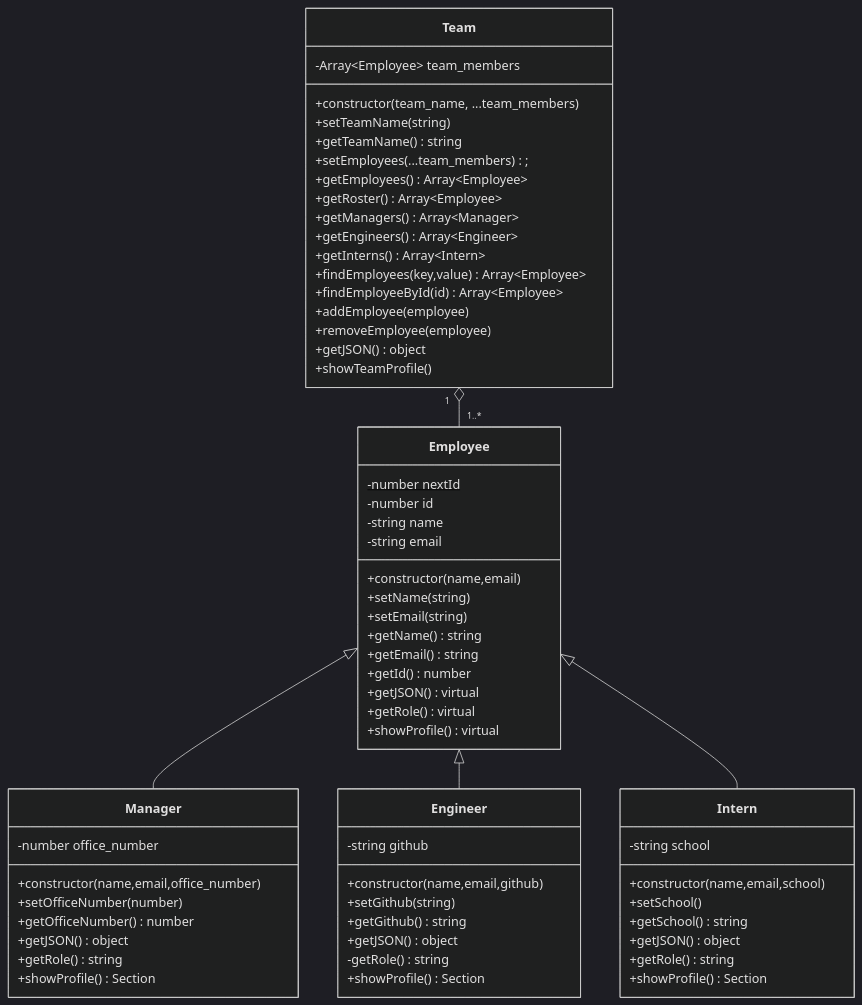
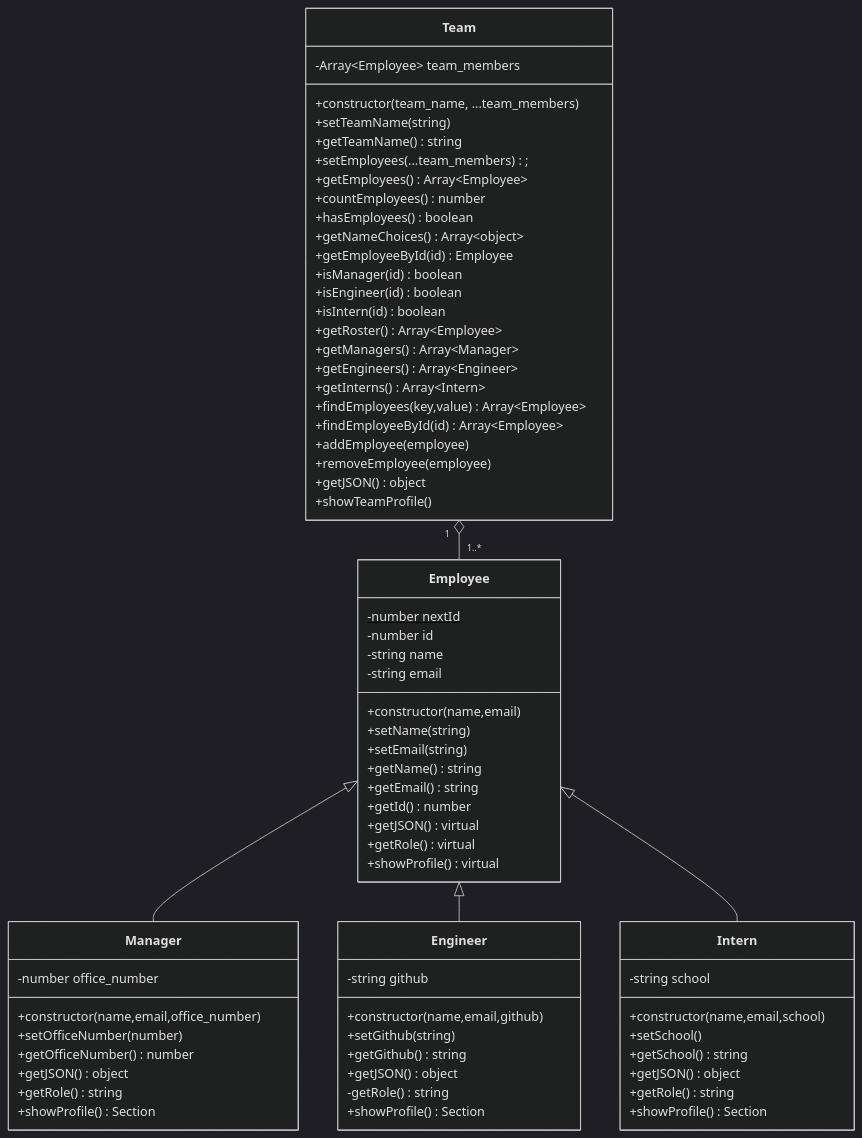
Before and after one commit to jrcharney/team-profile-generator: the first of 3 diagrams in README.md, drawn with Mermaid (dark theme). The commit also changed other lines of this file and 9 other files, not shown here.

````diff
--- a/README.md
+++ b/README.md
@@ -84,73 +86,80 @@
 ```mermaid
 classDiagram
 
 class Employee {
   -number nextId$
   -number id
   -string name
   -string email
   +constructor(name,email)
   +setName(string)
   +setEmail(string)
   +getName() string
   +getEmail() string
   +getId() number
   +getJSON() virtual
   +getRole() virtual
   +showProfile() virtual
 }
 
 class Manager {
   -number office_number
   +constructor(name,email,office_number)
   +setOfficeNumber(number)
   +getOfficeNumber() number
   +getJSON() object
   +getRole() string
   +showProfile() Section
 }
 
 class Engineer {
   -string github
   +constructor(name,email,github)
   +setGithub(string)
   +getGithub() string
   +getJSON() object
   -getRole() string
   +showProfile() Section
 }
 
 class Intern {
   -string school
   +constructor(name,email,school)
   +setSchool()
   +getSchool() string
   +getJSON() object
   +getRole() string
   +showProfile() Section
 }
 
 class Team {
  -Array~Employee~ team_members
  +constructor(team_name, ...team_members)
  +setTeamName(string)
  +getTeamName() string
  +setEmployees(...team_members);
  +getEmployees() Array~Employee~
+ +countEmployees() number
+ +hasEmployees() boolean
+ +getNameChoices() Array~object~
+ +getEmployeeById(id) Employee
+ +isManager(id) boolean
+ +isEngineer(id) boolean
+ +isIntern(id) boolean
  +getRoster() Array~Employee~
  +getManagers()  Array~Manager~
  +getEngineers() Array~Engineer~
  +getInterns() Array~Intern~
  +findEmployees(key,value) Array~Employee~
  +findEmployeeById(id) Array~Employee~
  +addEmployee(employee)
  +removeEmployee(employee)
  +getJSON() object
  +showTeamProfile()
 }
 
 Employee <|-- Manager
 Employee <|-- Engineer
 Employee <|-- Intern
 Team "1" o-- "1..*" Employee
 ```
````
